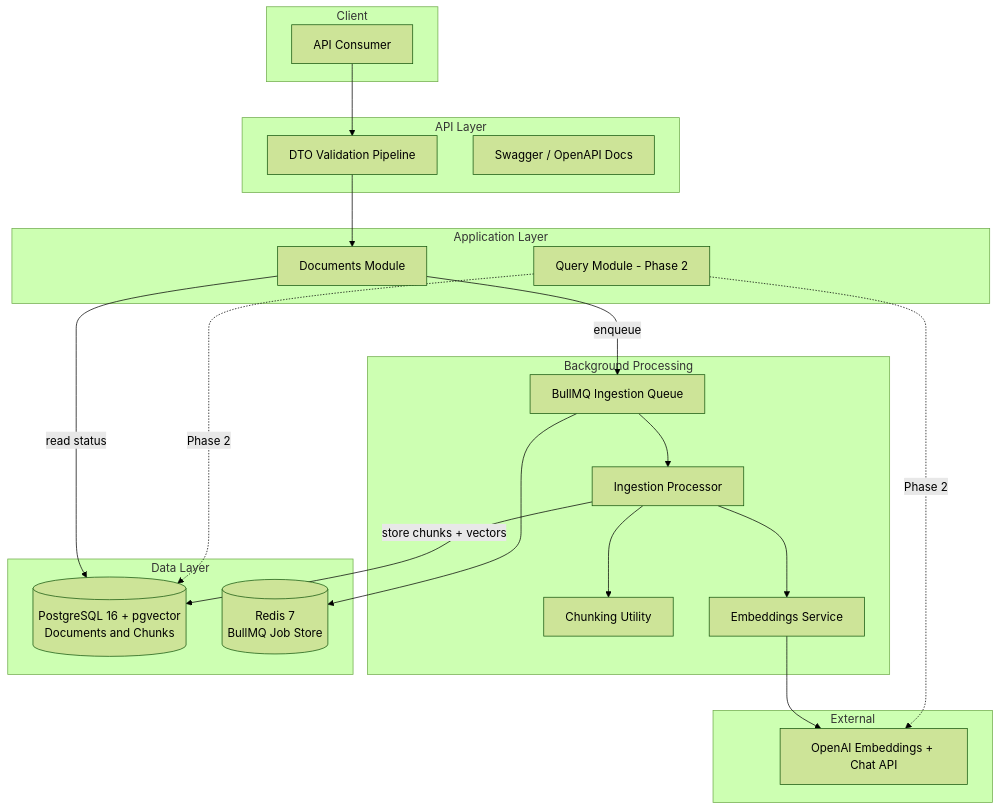
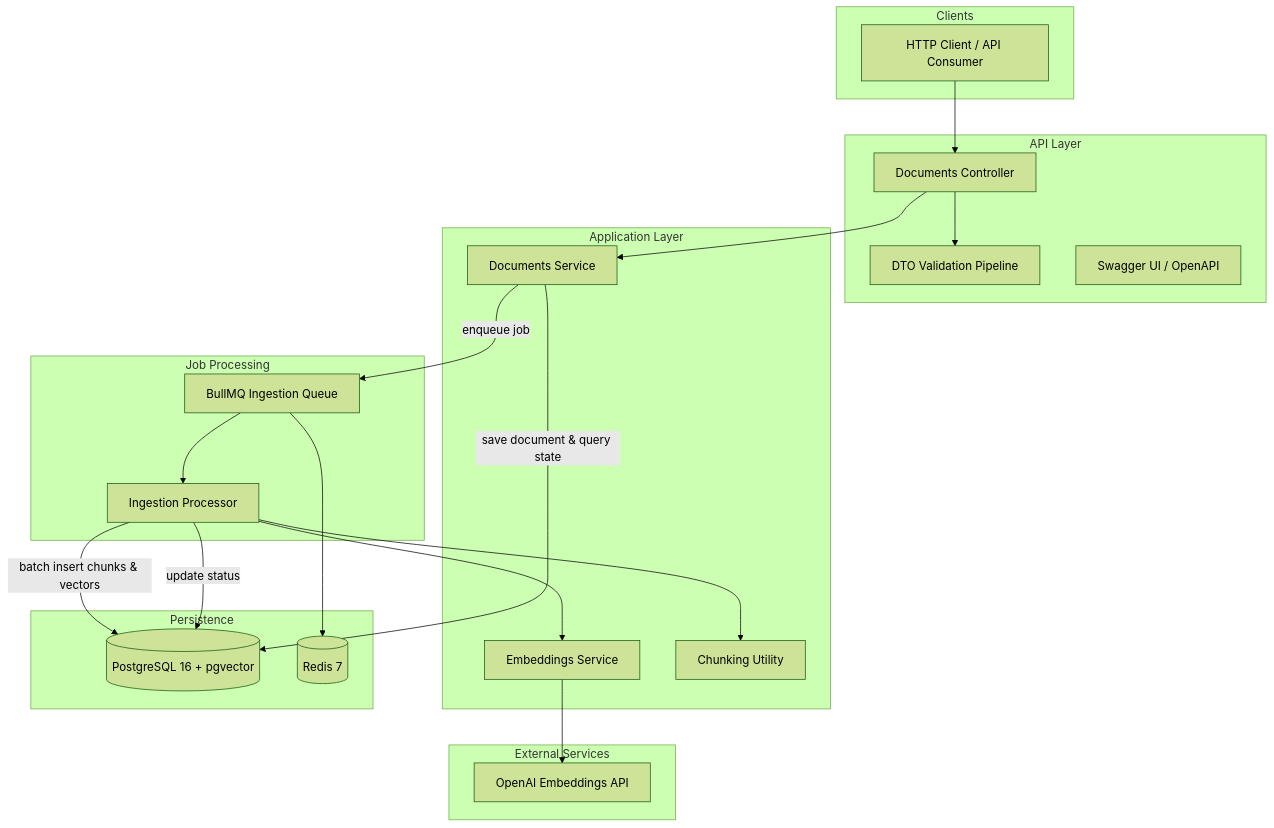
Before and after one commit to mo74x/Docmind: the first of 3 diagrams in README.md, drawn with Mermaid (forest theme). The commit also changed other lines of this file, not shown here.

````diff
--- a/README.md
+++ b/README.md
@@ -45,44 +37,45 @@
 ```mermaid
 graph TB
-    subgraph "Client"
-        API_CLIENT[API Consumer]
+    subgraph "Clients"
+        API_CLIENT[HTTP Client / API Consumer]
     end
 
     subgraph "API Layer"
+        CONTROLLER[Documents Controller]
         VALIDATION[DTO Validation Pipeline]
-        SWAGGER[Swagger / OpenAPI Docs]
+        SWAGGER[Swagger UI / OpenAPI]
     end
 
     subgraph "Application Layer"
-        DOC_MOD[Documents Module]
-        QUERY_MOD[Query Module - Phase 2]
+        DOC_SVC[Documents Service]
+        EMBED_SVC[Embeddings Service]
+        CHUNK_UTIL[Chunking Utility]
     end
 
-    subgraph "Background Processing"
+    subgraph "Job Processing"
         BULLMQ[BullMQ Ingestion Queue]
         WORKER[Ingestion Processor]
-        CHUNK[Chunking Utility]
-        EMBED[Embeddings Service]
     end
 
-    subgraph "Data Layer"
-        PG[(PostgreSQL 16 + pgvector<br/>Documents and Chunks)]
-        REDIS[(Redis 7<br/>BullMQ Job Store)]
+    subgraph "Persistence"
+        PG[(PostgreSQL 16 + pgvector)]
+        REDIS[(Redis 7)]
     end
 
-    subgraph "External"
-        OPENAI[OpenAI Embeddings + Chat API]
+    subgraph "External Services"
+        OPENAI[OpenAI Embeddings API]
     end
 
-    API_CLIENT --> VALIDATION --> DOC_MOD
-    DOC_MOD -->|enqueue| BULLMQ
+    API_CLIENT --> CONTROLLER
+    CONTROLLER --> VALIDATION
+    CONTROLLER --> DOC_SVC
+    DOC_SVC -->|save document & query state| PG
+    DOC_SVC -->|enqueue job| BULLMQ
     BULLMQ --> REDIS
     BULLMQ --> WORKER
-    WORKER --> CHUNK
-    WORKER --> EMBED
-    EMBED --> OPENAI
-    WORKER -->|store chunks + vectors| PG
-    DOC_MOD -->|read status| PG
-    QUERY_MOD -.->|Phase 2| PG
-    QUERY_MOD -.->|Phase 2| OPENAI
+    WORKER --> CHUNK_UTIL
+    WORKER --> EMBED_SVC
+    EMBED_SVC --> OPENAI
+    WORKER -->|batch insert chunks & vectors| PG
+    WORKER -->|update status| PG
 ```
````
